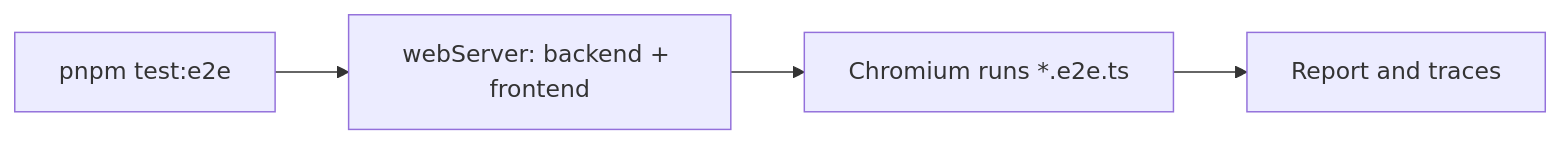
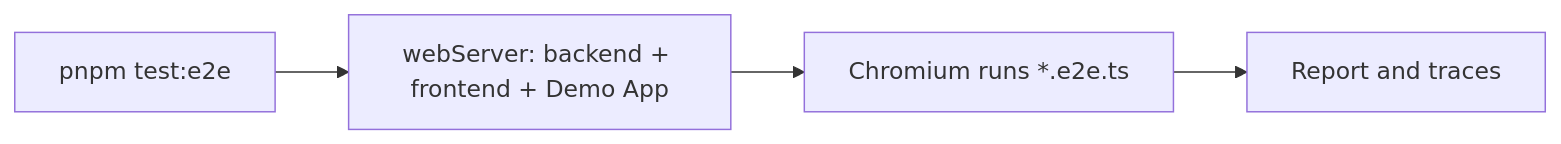
The diagram in docs/tech/e2e.md (yike2/Jevwright), drawn with Mermaid before and after one commit. The commit also changed other lines of this file and 1 other file, not shown here.

First line of the commit message:
docs(frontend): design the E2E suite for the test cases (#104)

````diff
--- a/docs/tech/e2e.md
+++ b/docs/tech/e2e.md
@@ -27,6 +32,6 @@
 ```mermaid
 flowchart LR
-  A[pnpm test:e2e] --> B[webServer: backend + frontend]
+  A[pnpm test:e2e] --> B[webServer: backend + frontend + Demo App]
   B --> C[Chromium runs *.e2e.ts]
   C --> D[Report and traces]
 ```
````
